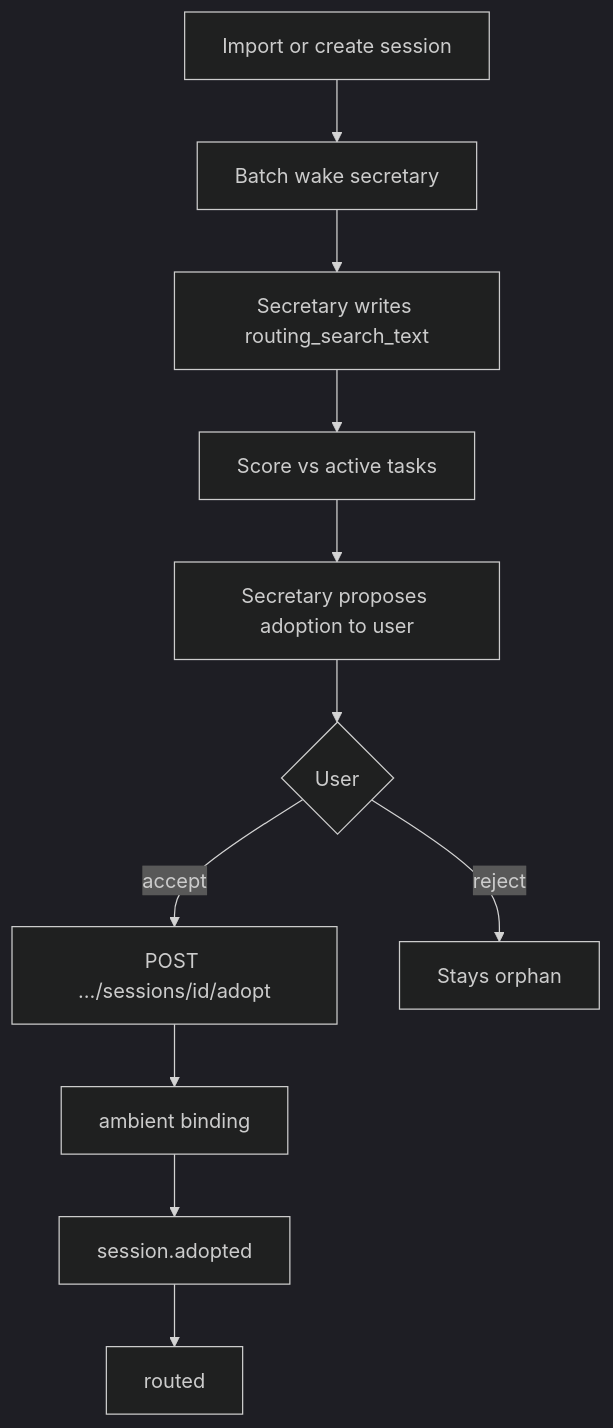
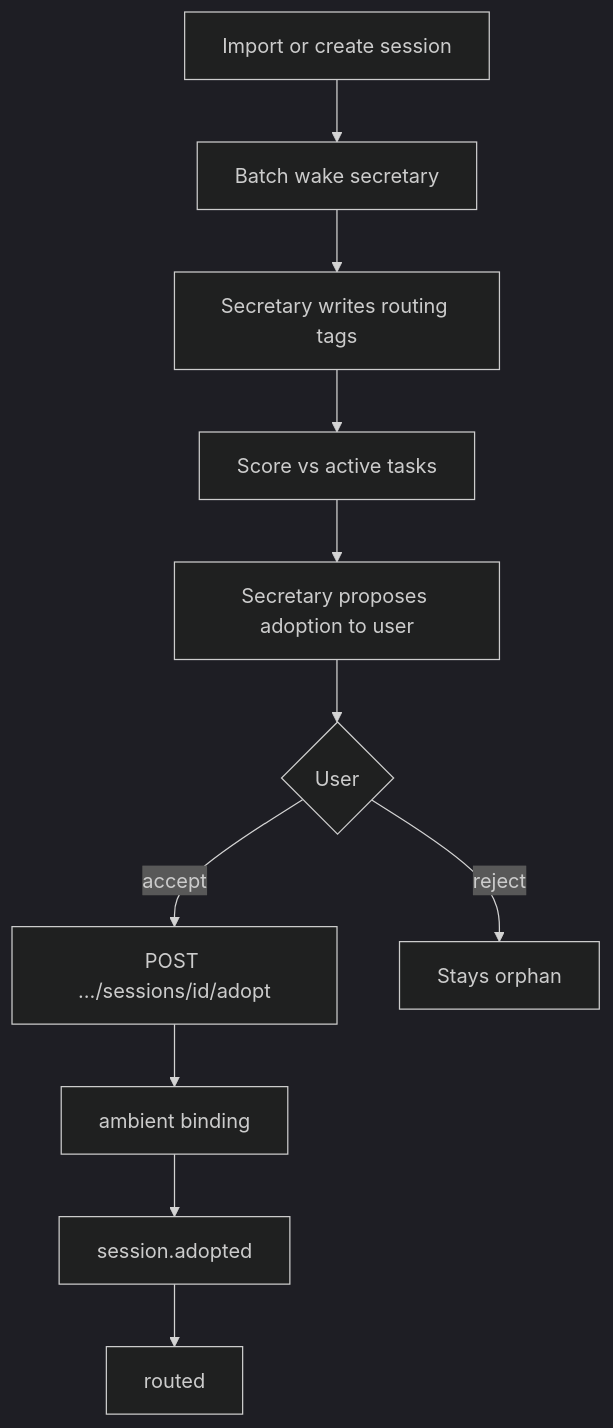
The diagram in docs/agent-tasks/SESSION_ADOPTION.md (michaelzenz/omnigent), drawn with Mermaid (dark theme) before and after one commit. The commit also changed other lines of this file and 47 other files, not shown here.

````diff
--- a/docs/agent-tasks/SESSION_ADOPTION.md
+++ b/docs/agent-tasks/SESSION_ADOPTION.md
@@ -25,13 +25,13 @@
 ```mermaid
 flowchart TB
   Trigger[Import or create session] --> Batch[Batch wake secretary]
-  Batch --> Text[Secretary writes routing_search_text]
-  Text --> Score[Score vs active tasks]
+  Batch --> Tags[Secretary writes routing tags]
+  Tags --> Score[Score vs active tasks]
   Score --> Propose[Secretary proposes adoption to user]
   Propose --> User{User}
   User -->|accept| Adopt[POST …/sessions/id/adopt]
   User -->|reject| Orphan[Stays orphan]
   Adopt --> Bind[ambient binding]
   Bind --> Event[session.adopted]
   Event --> Manager[routed]
 ```
````
